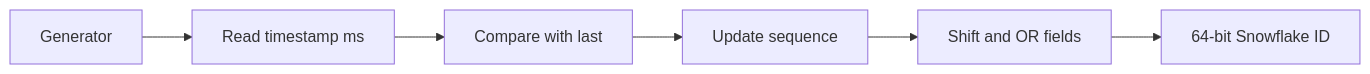
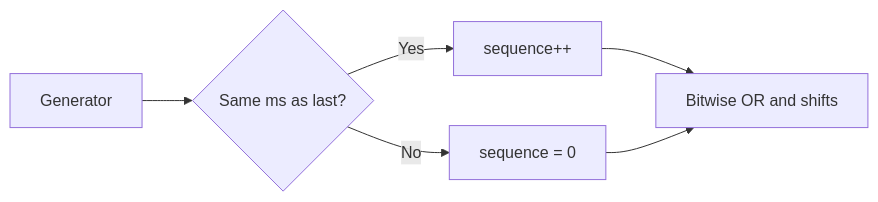
One commit to hareramcse/SystemDesign changed diagram 18 of 20 in 13-advanced-topics/README.md. Above: the diagram before and after it, drawn with Mermaid.

````diff
--- a/13-advanced-topics/README.md
+++ b/13-advanced-topics/README.md
@@ -2210,4 +2167,8 @@
 ```mermaid
 flowchart LR
-    Gen[Generator] --> Ts[Read timestamp ms] --> Cmp[Compare with last] --> Seq[Update sequence] --> Pack[Shift and OR fields] --> ID[64-bit Snowflake ID]
+    Gen[Generator] --> Clock{Same ms as last?}
+    Clock -->|Yes| Inc[sequence++]
+    Clock -->|No| Reset[sequence = 0]
+    Inc --> Pack[Bitwise OR and shifts]
+    Reset --> Pack
 ```
````
